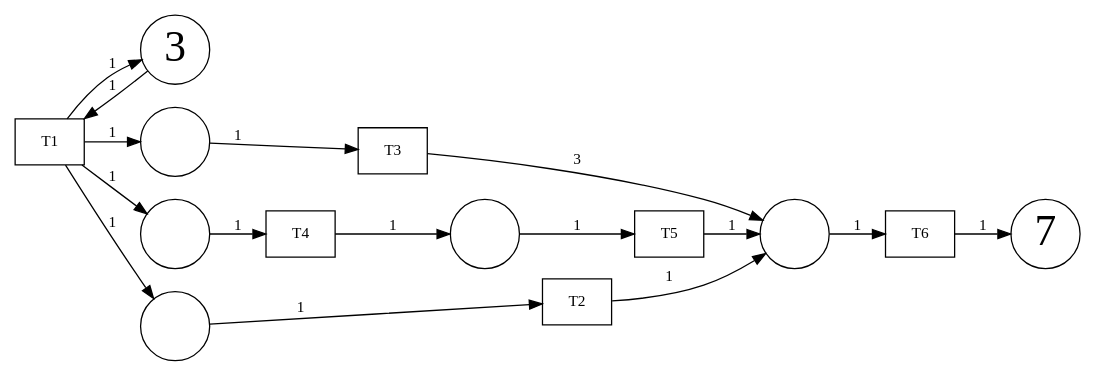
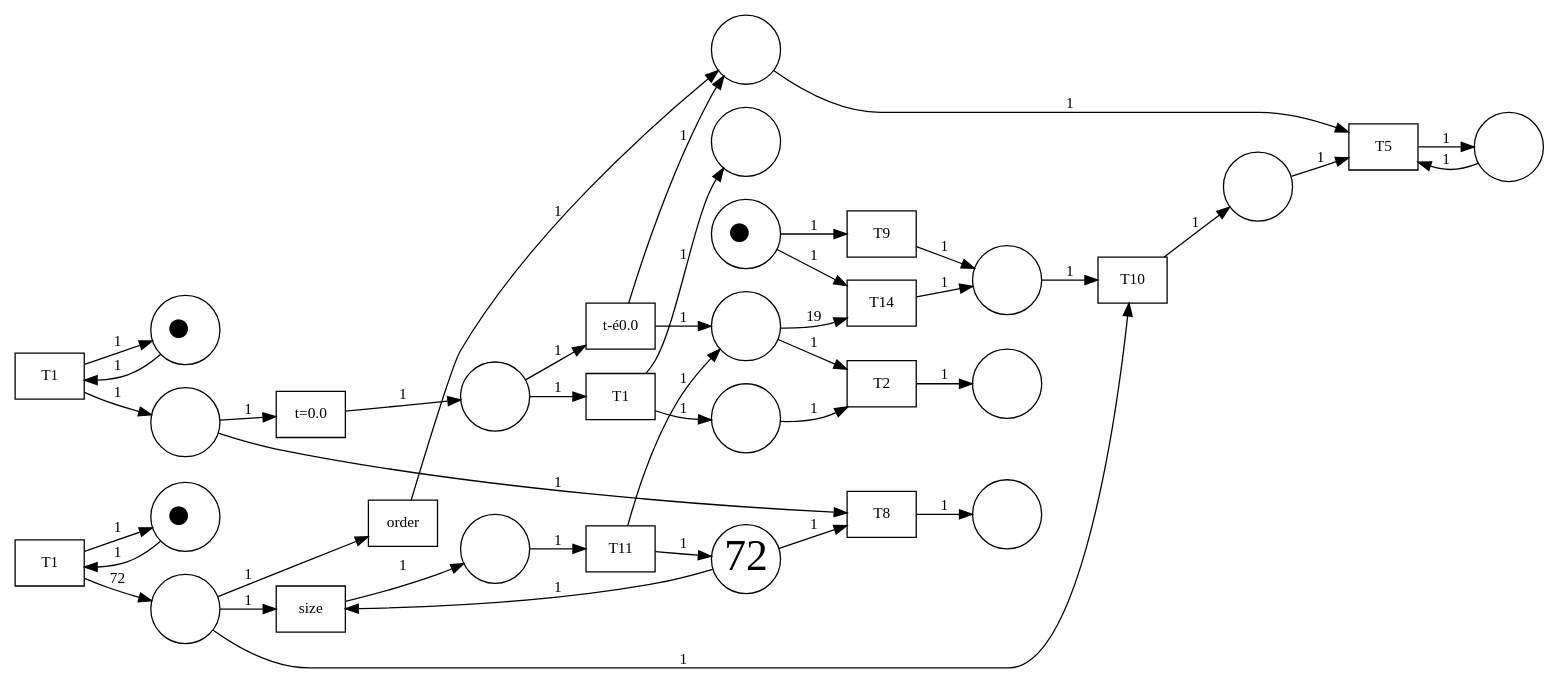
Before and after one commit to sam0ed/sketch2pnml: the diagram in data/output/output.gv, drawn with Graphviz. The commit also changed 35 other files, not shown here.

```diff
--- a/data/output/output.gv
+++ b/data/output/output.gv
@@ -1,33 +1,76 @@
-digraph "imported_1748285426.5831268" {
+digraph "imported_1748358021.8693066" {
 	graph [bgcolor=white rankdir=LR]
 	node [shape=box]
-	1951077277712 [label=T1 border=1 fillcolor=white fontcolor=black fontsize=12 style=filled]
-	1951077279056 [label=T4 border=1 fillcolor=white fontcolor=black fontsize=12 style=filled]
-	1951077278736 [label=T3 border=1 fillcolor=white fontcolor=black fontsize=12 style=filled]
-	1951077279952 [label=T2 border=1 fillcolor=white fontcolor=black fontsize=12 style=filled]
-	1951077278096 [label=T6 border=1 fillcolor=white fontcolor=black fontsize=12 style=filled]
-	1951077279888 [label=T5 border=1 fillcolor=white fontcolor=black fontsize=12 style=filled]
-	1951077276048 [label=3 fillcolor=white fixedsize=true fontsize=34 shape=circle style=filled width=0.75]
-	1951077168016 [label=7 fillcolor=white fixedsize=true fontsize=34 shape=circle style=filled width=0.75]
-	1951077155856 [label="" fillcolor=white fixedsize=true shape=circle style=filled width=0.75]
-	1951077156496 [label="" fillcolor=white fixedsize=true shape=circle style=filled width=0.75]
-	1951077277648 [label="" fillcolor=white fixedsize=true shape=circle style=filled width=0.75]
-	1951077168144 [label="" fillcolor=white fixedsize=true shape=circle style=filled width=0.75]
-	1951077276624 [label="" fillcolor=white fixedsize=true shape=circle style=filled width=0.75]
-	1951077276048 -> 1951077277712 [label=1 arrowhead=normal fontsize=12]
-	1951077277712 -> 1951077276048 [label=1 arrowhead=normal fontsize=12]
-	1951077277712 -> 1951077155856 [label=1 arrowhead=normal fontsize=12]
-	1951077277712 -> 1951077156496 [label=1 arrowhead=normal fontsize=12]
-	1951077277712 -> 1951077277648 [label=1 arrowhead=normal fontsize=12]
-	1951077156496 -> 1951077279056 [label=1 arrowhead=normal fontsize=12]
-	1951077277648 -> 1951077279952 [label=1 arrowhead=normal fontsize=12]
-	1951077155856 -> 1951077278736 [label=1 arrowhead=normal fontsize=12]
-	1951077279056 -> 1951077168144 [label=1 arrowhead=normal fontsize=12]
-	1951077278736 -> 1951077276624 [label=3 arrowhead=normal fontsize=12]
-	1951077279952 -> 1951077276624 [label=1 arrowhead=normal fontsize=12]
-	1951077276624 -> 1951077278096 [label=1 arrowhead=normal fontsize=12]
-	1951077168144 -> 1951077279888 [label=1 arrowhead=normal fontsize=12]
-	1951077278096 -> 1951077168016 [label=1 arrowhead=normal fontsize=12]
-	1951077279888 -> 1951077276624 [label=1 arrowhead=normal fontsize=12]
+	2552757039632 [label=T14 border=1 fillcolor=white fontcolor=black fontsize=12 style=filled]
+	2552757031760 [label=size border=1 fillcolor=white fontcolor=black fontsize=12 style=filled]
+	2552761389840 [label=T1 border=1 fillcolor=white fontcolor=black fontsize=12 style=filled]
+	2552757051856 [label=T8 border=1 fillcolor=white fontcolor=black fontsize=12 style=filled]
+	2552757077200 [label=T9 border=1 fillcolor=white fontcolor=black fontsize=12 style=filled]
+	2552757039504 [label=T1 border=1 fillcolor=white fontcolor=black fontsize=12 style=filled]
+	2552757032592 [label=T11 border=1 fillcolor=white fontcolor=black fontsize=12 style=filled]
+	2552757056976 [label="t=0.0" border=1 fillcolor=white fontcolor=black fontsize=12 style=filled]
+	2552757050512 [label=order border=1 fillcolor=white fontcolor=black fontsize=12 style=filled]
+	2552757031824 [label=T10 border=1 fillcolor=white fontcolor=black fontsize=12 style=filled]
+	2552761715344 [label=T1 border=1 fillcolor=white fontcolor=black fontsize=12 style=filled]
+	2552761388112 [label=T2 border=1 fillcolor=white fontcolor=black fontsize=12 style=filled]
+	2552757047632 [label=T5 border=1 fillcolor=white fontcolor=black fontsize=12 style=filled]
+	2552757043600 [label="t-é0.0" border=1 fillcolor=white fontcolor=black fontsize=12 style=filled]
+	2552761401040 [label=<&#9679;> fillcolor=white fixedsize=true fontsize=34 shape=circle style=filled width=0.75]
+	2552761400336 [label=<&#9679;> fillcolor=white fixedsize=true fontsize=34 shape=circle style=filled width=0.75]
+	2552761400400 [label=72 fillcolor=white fixedsize=true fontsize=34 shape=circle style=filled width=0.75]
+	2552761395408 [label=<&#9679;> fillcolor=white fixedsize=true fontsize=34 shape=circle style=filled width=0.75]
+	2552761395984 [label="" fillcolor=white fixedsize=true shape=circle style=filled width=0.75]
+	2552761389008 [label="" fillcolor=white fixedsize=true shape=circle style=filled width=0.75]
+	2552761398928 [label="" fillcolor=white fixedsize=true shape=circle style=filled width=0.75]
+	2552761397648 [label="" fillcolor=white fixedsize=true shape=circle style=filled width=0.75]
+	2552761400720 [label="" fillcolor=white fixedsize=true shape=circle style=filled width=0.75]
+	2552761714960 [label="" fillcolor=white fixedsize=true shape=circle style=filled width=0.75]
+	2552761387856 [label="" fillcolor=white fixedsize=true shape=circle style=filled width=0.75]
+	2552761394896 [label="" fillcolor=white fixedsize=true shape=circle style=filled width=0.75]
+	2552761390224 [label="" fillcolor=white fixedsize=true shape=circle style=filled width=0.75]
+	2552761719312 [label="" fillcolor=white fixedsize=true shape=circle style=filled width=0.75]
+	2552761714192 [label="" fillcolor=white fixedsize=true shape=circle style=filled width=0.75]
+	2552761718608 [label="" fillcolor=white fixedsize=true shape=circle style=filled width=0.75]
+	2552761388688 [label="" fillcolor=white fixedsize=true shape=circle style=filled width=0.75]
+	2552761401040 -> 2552757077200 [label=1 arrowhead=normal fontsize=12]
+	2552761400400 -> 2552757031760 [label=1 arrowhead=normal fontsize=12]
+	2552761401040 -> 2552757039632 [label=1 arrowhead=normal fontsize=12]
+	2552761400400 -> 2552757051856 [label=1 arrowhead=normal fontsize=12]
+	2552761400336 -> 2552761389840 [label=1 arrowhead=normal fontsize=12]
+	2552761395408 -> 2552757039504 [label=1 arrowhead=normal fontsize=12]
+	2552761389840 -> 2552761400336 [label=1 arrowhead=normal fontsize=12]
+	2552757039504 -> 2552761395408 [label=1 arrowhead=normal fontsize=12]
+	2552757031760 -> 2552761400720 [label=1 arrowhead=normal fontsize=12]
+	2552757039504 -> 2552761397648 [label=72 arrowhead=normal fontsize=12]
+	2552761389840 -> 2552761389008 [label=1 arrowhead=normal fontsize=12]
+	2552757051856 -> 2552761398928 [label=1 arrowhead=normal fontsize=12]
+	2552757039632 -> 2552761395984 [label=1 arrowhead=normal fontsize=12]
+	2552757077200 -> 2552761395984 [label=1 arrowhead=normal fontsize=12]
+	2552761389008 -> 2552757051856 [label=1 arrowhead=normal fontsize=12]
+	2552761397648 -> 2552757031760 [label=1 arrowhead=normal fontsize=12]
+	2552761400720 -> 2552757032592 [label=1 arrowhead=normal fontsize=12]
+	2552761389008 -> 2552757056976 [label=1 arrowhead=normal fontsize=12]
+	2552761397648 -> 2552757050512 [label=1 arrowhead=normal fontsize=12]
+	2552761397648 -> 2552757031824 [label=1 arrowhead=normal fontsize=12]
+	2552761395984 -> 2552757031824 [label=1 arrowhead=normal fontsize=12]
+	2552757032592 -> 2552761400400 [label=1 arrowhead=normal fontsize=12]
+	2552757050512 -> 2552761387856 [label=1 arrowhead=normal fontsize=12]
+	2552757056976 -> 2552761714960 [label=1 arrowhead=normal fontsize=12]
+	2552757032592 -> 2552761390224 [label=1 arrowhead=normal fontsize=12]
+	2552757031824 -> 2552761394896 [label=1 arrowhead=normal fontsize=12]
+	2552761390224 -> 2552757039632 [label=19 arrowhead=normal fontsize=12]
+	2552761387856 -> 2552757047632 [label=1 arrowhead=normal fontsize=12]
+	2552761390224 -> 2552761388112 [label=1 arrowhead=normal fontsize=12]
+	2552761714960 -> 2552761715344 [label=1 arrowhead=normal fontsize=12]
+	2552761394896 -> 2552757047632 [label=1 arrowhead=normal fontsize=12]
+	2552761714960 -> 2552757043600 [label=1 arrowhead=normal fontsize=12]
+	2552757043600 -> 2552761387856 [label=1 arrowhead=normal fontsize=12]
+	2552757043600 -> 2552761390224 [label=1 arrowhead=normal fontsize=12]
+	2552761388112 -> 2552761718608 [label=1 arrowhead=normal fontsize=12]
+	2552761715344 -> 2552761714192 [label=1 arrowhead=normal fontsize=12]
+	2552761715344 -> 2552761719312 [label=1 arrowhead=normal fontsize=12]
+	2552757047632 -> 2552761388688 [label=1 arrowhead=normal fontsize=12]
+	2552761714192 -> 2552761388112 [label=1 arrowhead=normal fontsize=12]
+	2552761388688 -> 2552757047632 [label=1 arrowhead=normal fontsize=12]
 	overlap=false
 }
```
